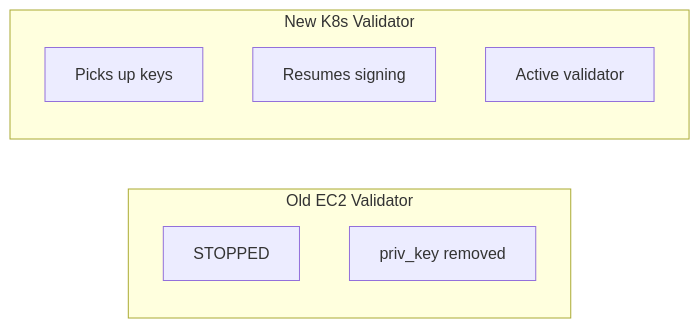
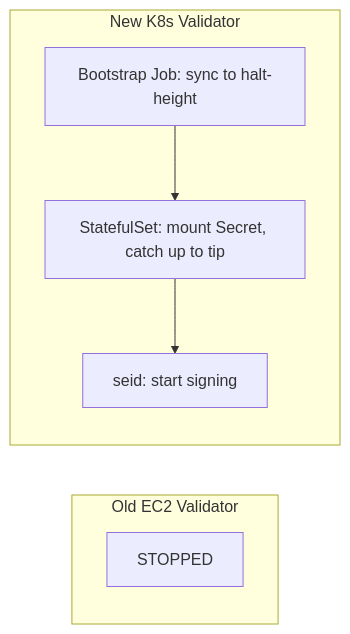
Before and after one commit to sei-protocol/sei-k8s-controller: the first of 2 diagrams in .tide/validator-migration.md, drawn with Mermaid. The commit also changed other lines of this file and 5 other files, not shown here.

````diff
--- a/.tide/validator-migration.md
+++ b/.tide/validator-migration.md
@@ -120,12 +98,12 @@
 ```mermaid
 graph LR
     subgraph Old["Old EC2 Validator"]
         A1[STOPPED]
-        A2[priv_key removed]
     end
     subgraph New["New K8s Validator"]
-        B1[Picks up keys]
-        B2[Resumes signing]
-        B3[Active validator]
+        B1[Bootstrap Job: sync to halt-height]
+        B2[StatefulSet: mount Secret, catch up to tip]
+        B3[seid: start signing]
+        B1 --> B2 --> B3
     end
 ```
````
